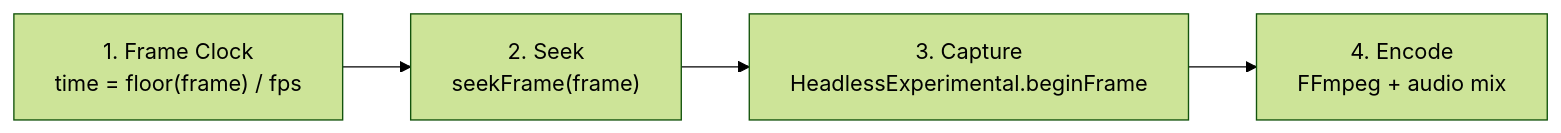
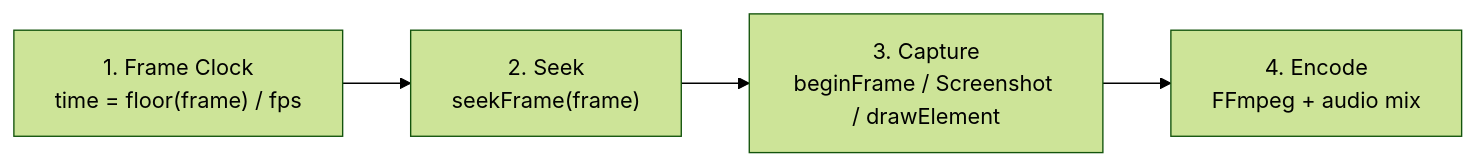
The second of 3 diagrams in articles/hyperframes-framework-runtime_20260727.md (suwa-sh/zenn-contents), drawn with Mermaid (forest theme) before and after one commit. The commit also changed other lines of this file, not shown here.

````diff
--- a/articles/hyperframes-framework-runtime_20260727.md
+++ b/articles/hyperframes-framework-runtime_20260727.md
@@ -110,11 +110,11 @@
 ```mermaid
 graph LR
     clock["1. Frame Clock<br/>time = floor(frame) / fps"]
     seek["2. Seek<br/>seekFrame(frame)"]
-    capture["3. Capture<br/>HeadlessExperimental.beginFrame"]
+    capture["3. Capture<br/>beginFrame / Screenshot / drawElement"]
     encode["4. Encode<br/>FFmpeg + audio mix"]
 
     clock --> seek
     seek --> capture
     capture --> encode
 ```
````
